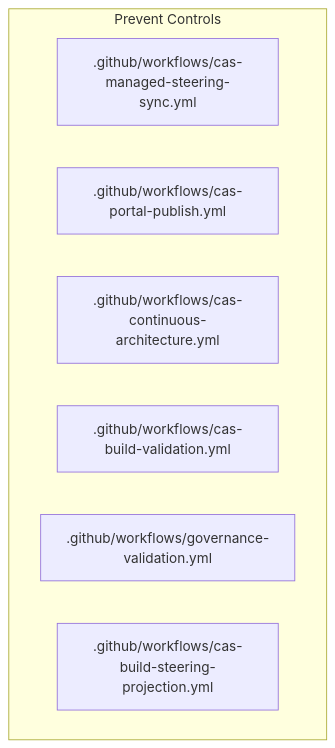
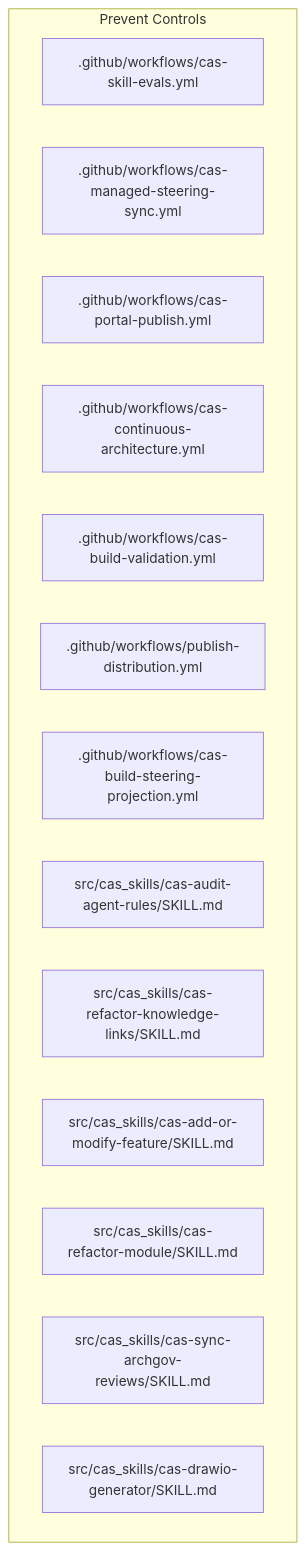
Before and after one commit to cas-governance-portal/cas-governance-portal.github.io: the diagram in projects/ideas-to-life-cas/architecture-state/diagrams/governance-controls.mmd, drawn with Mermaid. The commit also changed 40 other files, not shown here.

```diff
--- a/projects/ideas-to-life-cas/architecture-state/diagrams/governance-controls.mmd
+++ b/projects/ideas-to-life-cas/architecture-state/diagrams/governance-controls.mmd
@@ -1,9 +1,16 @@
 flowchart TD
     subgraph Prevent["Prevent Controls"]
+        ctrl_cas_skill_evals[".github/workflows/cas-skill-evals.yml"]
         ctrl_cas_managed_steering_sync[".github/workflows/cas-managed-steering-sync.yml"]
         ctrl_cas_portal_publish[".github/workflows/cas-portal-publish.yml"]
         ctrl_cas_continuous_architecture[".github/workflows/cas-continuous-architecture.yml"]
         ctrl_cas_build_validation[".github/workflows/cas-build-validation.yml"]
-        ctrl_governance_validation[".github/workflows/governance-validation.yml"]
+        ctrl_publish_distribution[".github/workflows/publish-distribution.yml"]
         ctrl_cas_build_steering_projection[".github/workflows/cas-build-steering-projection.yml"]
+        ctrl_skill_cas_audit_agent_rules["src/cas_skills/cas-audit-agent-rules/SKILL.md"]
+        ctrl_skill_cas_refactor_knowledge_links["src/cas_skills/cas-refactor-knowledge-links/SKILL.md"]
+        ctrl_skill_cas_add_or_modify_feature["src/cas_skills/cas-add-or-modify-feature/SKILL.md"]
+        ctrl_skill_cas_refactor_module["src/cas_skills/cas-refactor-module/SKILL.md"]
+        ctrl_skill_cas_sync_archgov_reviews["src/cas_skills/cas-sync-archgov-reviews/SKILL.md"]
+        ctrl_skill_cas_drawio_generator["src/cas_skills/cas-drawio-generator/SKILL.md"]
     end
```
